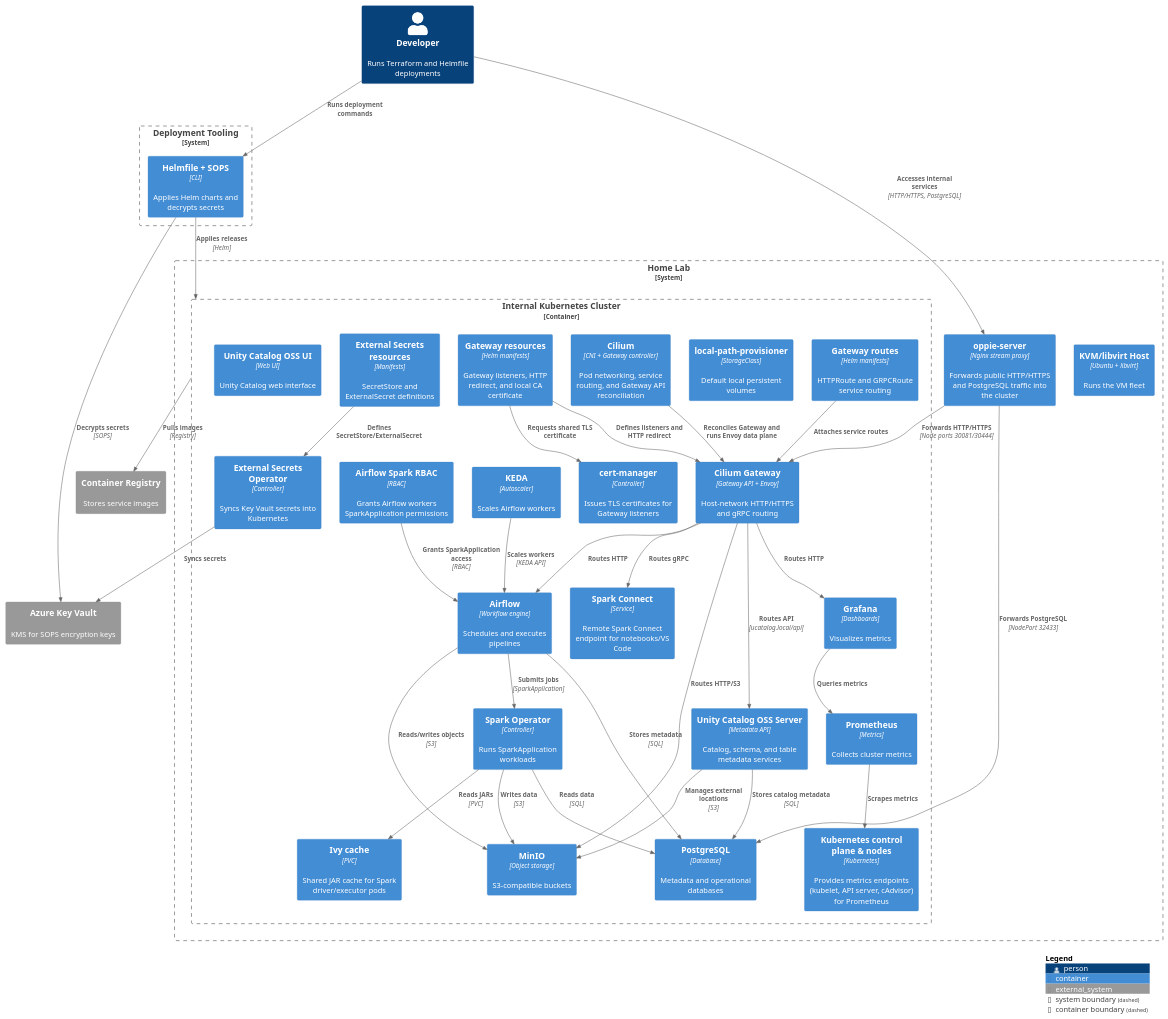
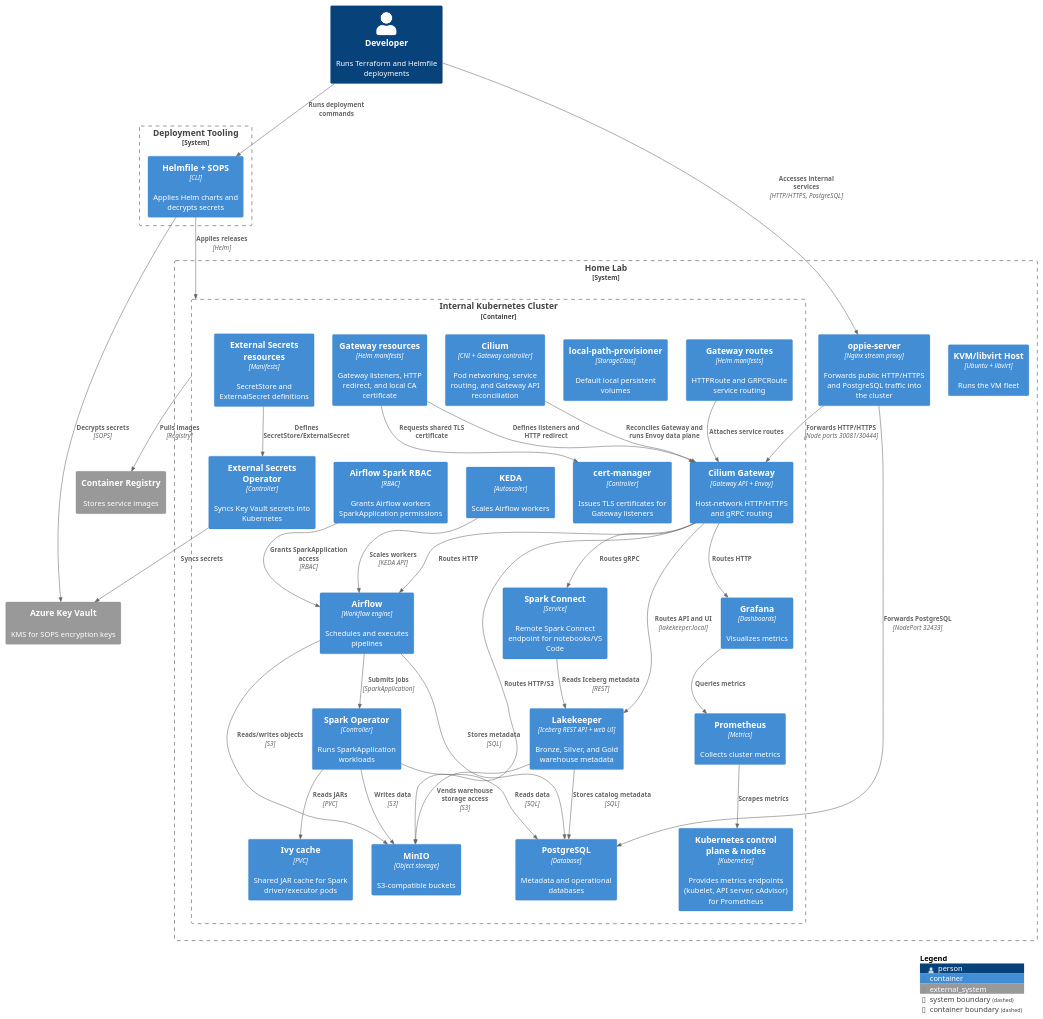
One commit to AntonMiniazev/bohr_project changed the diagram in docs/diagrams/Internal-Cluster-Containers.puml. Above: the diagram before and after it, drawn with PlantUML. The commit also changed 42 other files, not shown here.

Commit message:
chore(platform): retire Unity Catalog after Iceberg cutover

```diff
--- a/docs/diagrams/Internal-Cluster-Containers.puml
+++ b/docs/diagrams/Internal-Cluster-Containers.puml
@@ -1,76 +1,76 @@
 @startuml Internal-Cluster-Containers
 !includeurl https://raw.githubusercontent.com/plantuml-stdlib/C4-PlantUML/master/C4_Container.puml
 LAYOUT_WITH_LEGEND()
 HIDE_STEREOTYPE()
 
 Person(dev, "Developer", "Runs Terraform and Helmfile deployments")
 
 System_Ext(keyvault, "Azure Key Vault", "KMS for SOPS encryption keys")
 System_Ext(registry, "Container Registry", "Stores service images")
 
 System_Boundary(tooling, "Deployment Tooling") {
     Container(helmfile, "Helmfile + SOPS", "CLI", "Applies Helm charts and decrypts secrets")
 }
 
 System_Boundary(home, "Home Lab") {
     Container(kvmhost, "KVM/libvirt Host", "Ubuntu + libvirt", "Runs the VM fleet")
     Container(oppie, "oppie-server", "Nginx stream proxy", "Forwards public HTTP/HTTPS and PostgreSQL traffic into the cluster")
 
     Container_Boundary(cluster, "Internal Kubernetes Cluster") {
         Container(cilium, "Cilium", "CNI + Gateway controller", "Pod networking, service routing, and Gateway API reconciliation")
         Container(localpath, "local-path-provisioner", "StorageClass", "Default local persistent volumes")
         Container(certmanager, "cert-manager", "Controller", "Issues TLS certificates for Gateway listeners")
         Container(gateway, "Cilium Gateway", "Gateway API + Envoy", "Host-network HTTP/HTTPS and gRPC routing")
         Container(gatewayResources, "Gateway resources", "Helm manifests", "Gateway listeners, HTTP redirect, and local CA certificate")
         Container(gatewayRoutes, "Gateway routes", "Helm manifests", "HTTPRoute and GRPCRoute service routing")
         Container(externalSecrets, "External Secrets Operator", "Controller", "Syncs Key Vault secrets into Kubernetes")
         Container(externalSecretsResources, "External Secrets resources", "Manifests", "SecretStore and ExternalSecret definitions")
         Container(postgres, "PostgreSQL", "Database", "Metadata and operational databases")
         Container(minio, "MinIO", "Object storage", "S3-compatible buckets")
         Container(airflow, "Airflow", "Workflow engine", "Schedules and executes pipelines")
         Container(spark, "Spark Operator", "Controller", "Runs SparkApplication workloads")
         Container(sparkconnect, "Spark Connect", "Service", "Remote Spark Connect endpoint for notebooks/VS Code")
         Container(airflowSparkRbac, "Airflow Spark RBAC", "RBAC", "Grants Airflow workers SparkApplication permissions")
         Container(ivyCache, "Ivy cache", "PVC", "Shared JAR cache for Spark driver/executor pods")
-        Container(unityCatalogServer, "Unity Catalog OSS Server", "Metadata API", "Catalog, schema, and table metadata services")
-        Container(unityCatalogUi, "Unity Catalog OSS UI", "Web UI", "Unity Catalog web interface")
+        Container(lakekeeper, "Lakekeeper", "Iceberg REST API + web UI", "Bronze, Silver, and Gold warehouse metadata")
         Container(kubecontrol, "Kubernetes control plane & nodes", "Kubernetes", "Provides metrics endpoints (kubelet, API server, cAdvisor) for Prometheus")
         Container(prometheus, "Prometheus", "Metrics", "Collects cluster metrics")
         Container(grafana, "Grafana", "Dashboards", "Visualizes metrics")
         Container(keda, "KEDA", "Autoscaler", "Scales Airflow workers")
     }
 }
 
 Rel(dev, helmfile, "Runs deployment commands")
 Rel(helmfile, cluster, "Applies releases", "Helm")
 Rel(helmfile, keyvault, "Decrypts secrets", "SOPS")
 Rel(externalSecrets, keyvault, "Syncs secrets")
 Rel(externalSecretsResources, externalSecrets, "Defines SecretStore/ExternalSecret")
 Rel(dev, oppie, "Accesses internal services", "HTTP/HTTPS, PostgreSQL")
 Rel(oppie, gateway, "Forwards HTTP/HTTPS", "Node ports 30081/30444")
 Rel(oppie, postgres, "Forwards PostgreSQL", "NodePort 32433")
 Rel(gatewayResources, certmanager, "Requests shared TLS certificate")
 Rel(gatewayResources, gateway, "Defines listeners and HTTP redirect")
 Rel(gatewayRoutes, gateway, "Attaches service routes")
 Rel(cilium, gateway, "Reconciles Gateway and runs Envoy data plane")
 Rel(gateway, airflow, "Routes HTTP")
 Rel(gateway, minio, "Routes HTTP/S3")
 Rel(gateway, sparkconnect, "Routes gRPC")
-Rel(gateway, unityCatalogServer, "Routes API", "ucatalog.local/api")
+Rel(gateway, lakekeeper, "Routes API and UI", "lakekeeper.local")
 Rel(gateway, grafana, "Routes HTTP")
 Rel(cluster, registry, "Pulls images", "Registry")
 Rel(airflow, postgres, "Stores metadata", "SQL")
 Rel(airflow, minio, "Reads/writes objects", "S3")
 Rel(airflow, spark, "Submits jobs", "SparkApplication")
 Rel(airflowSparkRbac, airflow, "Grants SparkApplication access", "RBAC")
 Rel(spark, postgres, "Reads data", "SQL")
 Rel(spark, minio, "Writes data", "S3")
 Rel(spark, ivyCache, "Reads JARs", "PVC")
-Rel(unityCatalogServer, postgres, "Stores catalog metadata", "SQL")
-Rel(unityCatalogServer, minio, "Manages external locations", "S3")
+Rel(lakekeeper, postgres, "Stores catalog metadata", "SQL")
+Rel(lakekeeper, minio, "Vends warehouse storage access", "S3")
+Rel(sparkconnect, lakekeeper, "Reads Iceberg metadata", "REST")
 Rel(prometheus, kubecontrol, "Scrapes metrics")
 Rel(grafana, prometheus, "Queries metrics")
 Rel(keda, airflow, "Scales workers", "KEDA API")
 
 SHOW_LEGEND()
 @enduml
```
